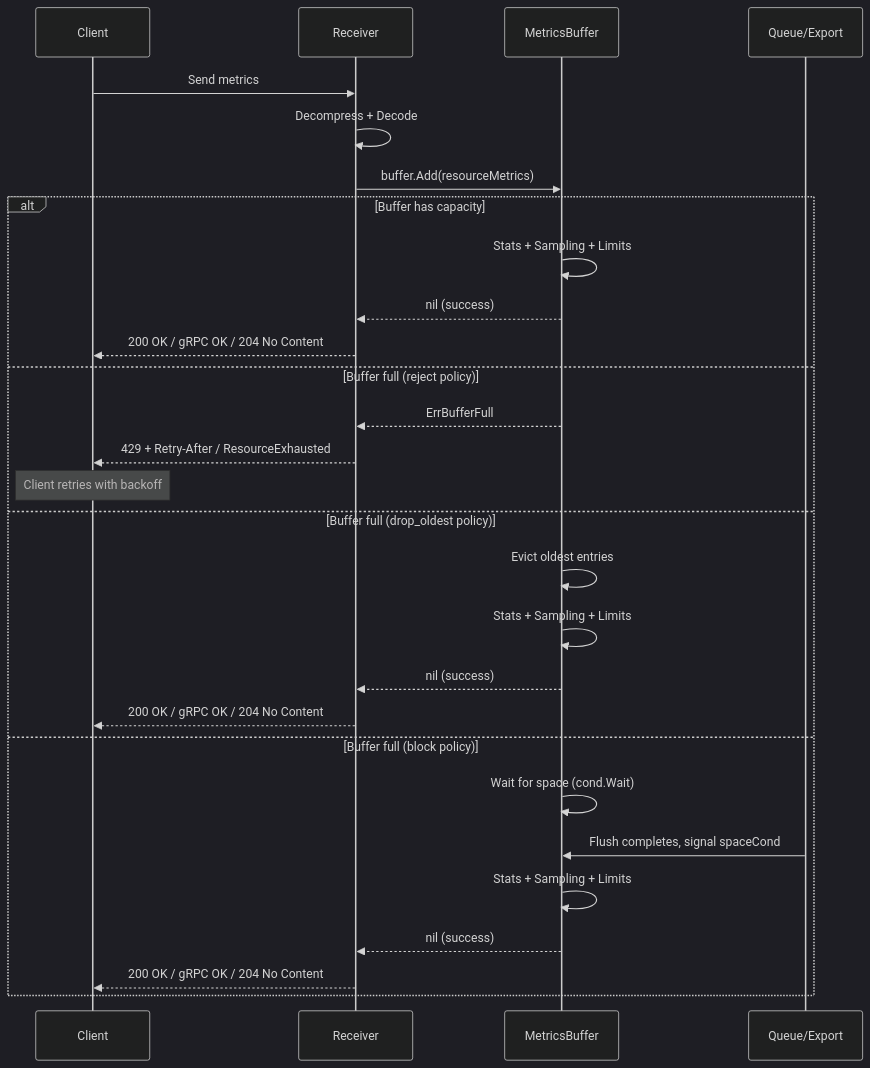
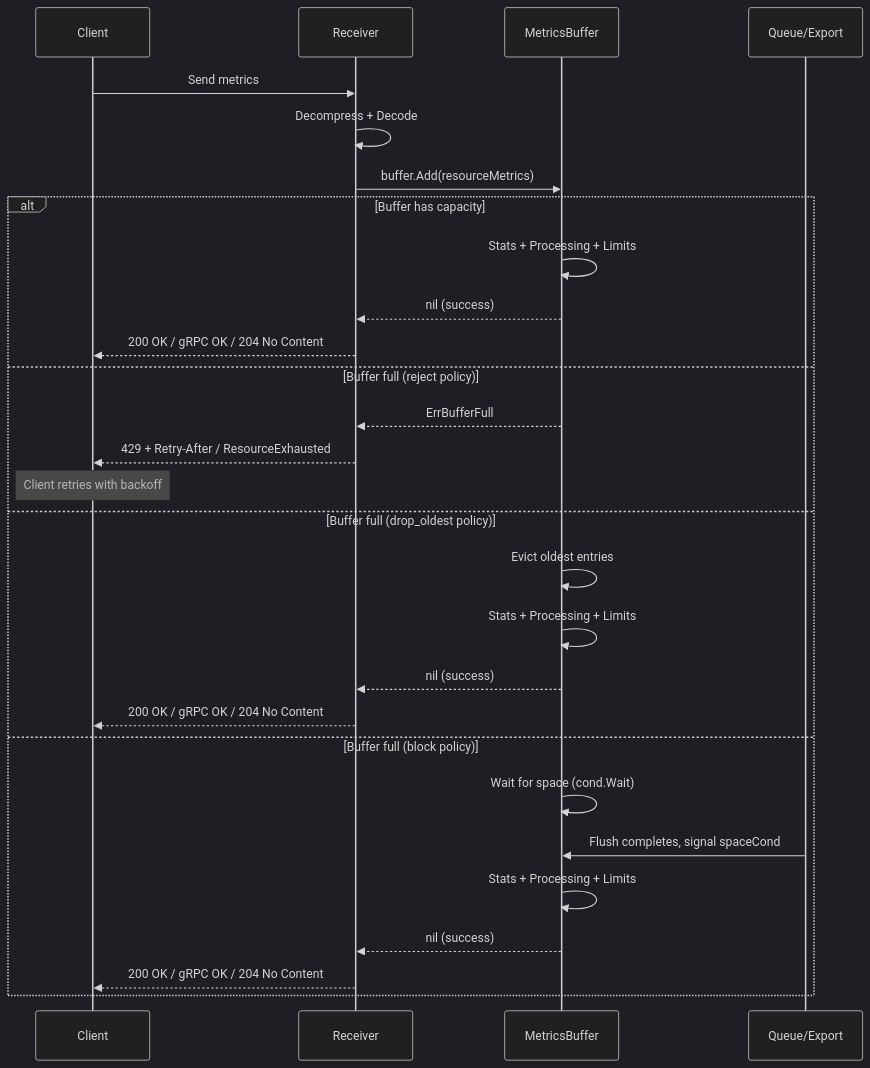
Before and after one commit to szibis/metrics-governor: the fourth of 5 diagrams in docs/receiving.md, drawn with Mermaid (dark theme). The commit also changed other lines of this file and 48 other files, not shown here.

````diff
--- a/docs/receiving.md
+++ b/docs/receiving.md
@@ -373,32 +373,32 @@
 ```mermaid
 sequenceDiagram
     participant C as Client
     participant R as Receiver
     participant B as MetricsBuffer
     participant Q as Queue/Export
 
     C->>R: Send metrics
     R->>R: Decompress + Decode
     R->>B: buffer.Add(resourceMetrics)
 
     alt Buffer has capacity
-        B->>B: Stats + Sampling + Limits
+        B->>B: Stats + Processing + Limits
         B-->>R: nil (success)
         R-->>C: 200 OK / gRPC OK / 204 No Content
     else Buffer full (reject policy)
         B-->>R: ErrBufferFull
         R-->>C: 429 + Retry-After / ResourceExhausted
         Note over C: Client retries with backoff
     else Buffer full (drop_oldest policy)
         B->>B: Evict oldest entries
-        B->>B: Stats + Sampling + Limits
+        B->>B: Stats + Processing + Limits
         B-->>R: nil (success)
         R-->>C: 200 OK / gRPC OK / 204 No Content
     else Buffer full (block policy)
         B->>B: Wait for space (cond.Wait)
         Q->>B: Flush completes, signal spaceCond
-        B->>B: Stats + Sampling + Limits
+        B->>B: Stats + Processing + Limits
         B-->>R: nil (success)
         R-->>C: 200 OK / gRPC OK / 204 No Content
     end
 ```
````
